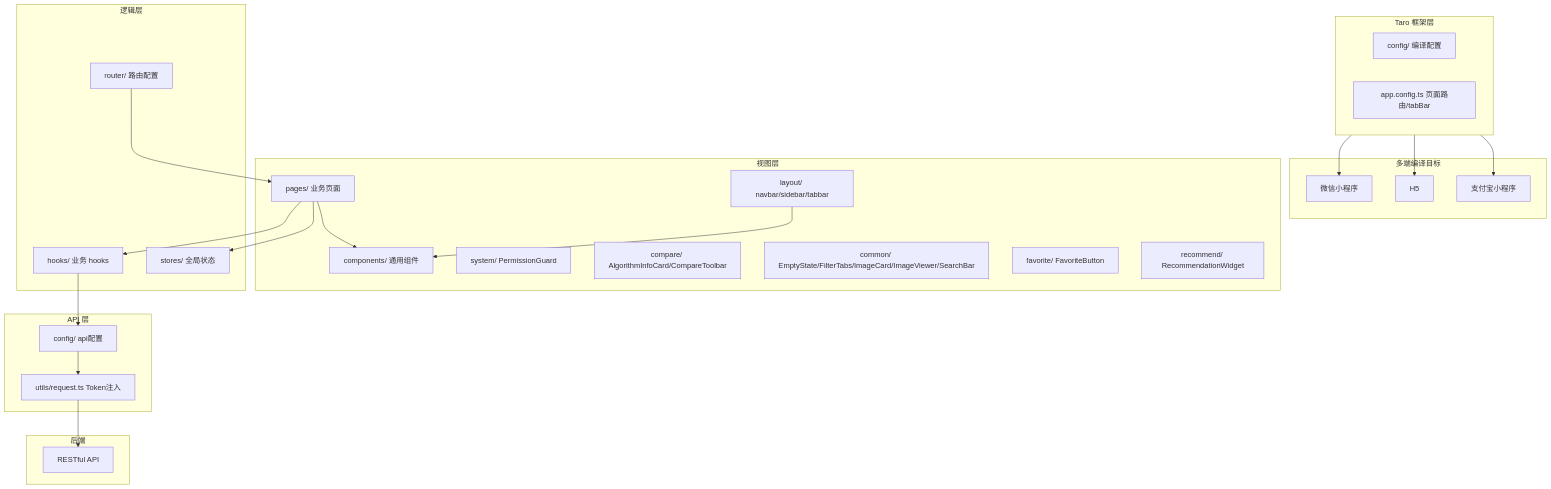
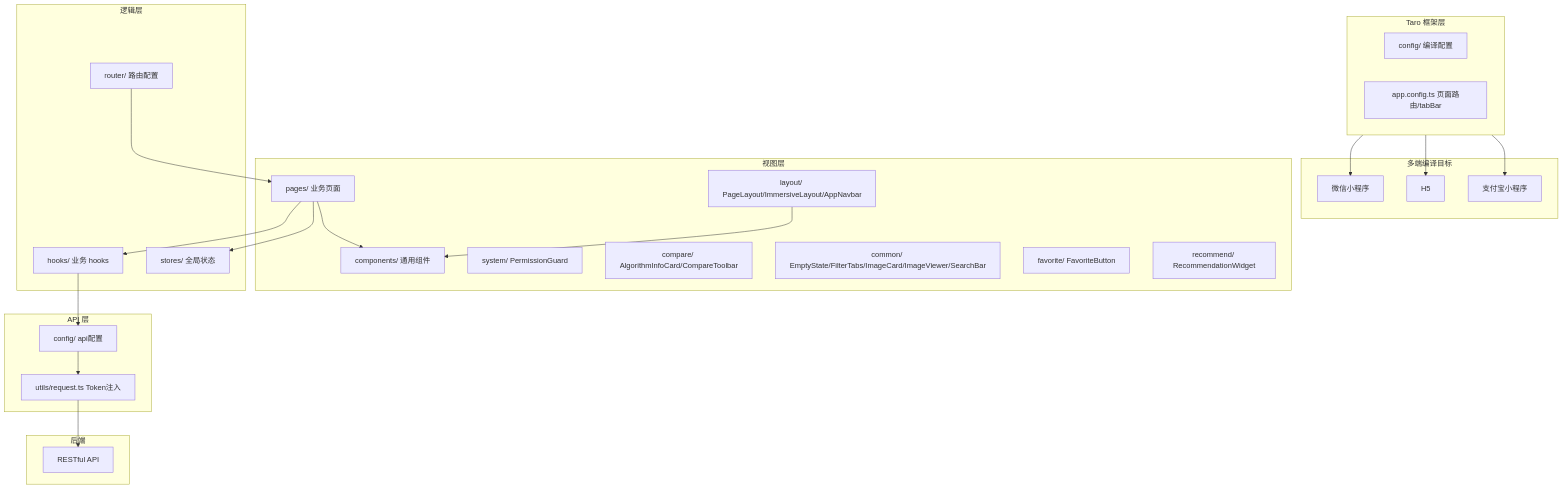
Before and after one commit to earthy-zinc/dehaze-system: the diagram in dehaze-doc/docs/04-项目实现/前端/03-Taro架构文档.md, drawn with Mermaid. The commit also changed other lines of this file and 1067 other files, not shown here.

````diff
--- a/dehaze-doc/docs/04-项目实现/前端/03-Taro架构文档.md
+++ b/dehaze-doc/docs/04-项目实现/前端/03-Taro架构文档.md
@@ -9,51 +9,51 @@
 ```mermaid
 flowchart TB
     subgraph Platform["多端编译目标"]
         WeApp["微信小程序"]
         H5["H5"]
         AliApp["支付宝小程序"]
     end
 
     subgraph Taro["Taro 框架层"]
         Config["config/ 编译配置"]
         AppConfig["app.config.ts 页面路由/tabBar"]
     end
 
     subgraph View["视图层"]
         Pages["pages/ 业务页面"]
-        Layout["layout/ navbar/sidebar/tabbar"]
+        Layout["layout/ PageLayout/ImmersiveLayout/AppNavbar"]
         Components["components/ 通用组件"]
         SystemComp["system/ PermissionGuard"]
         CompareComp["compare/ AlgorithmInfoCard/CompareToolbar"]
         CommonComp["common/ EmptyState/FilterTabs/ImageCard/ImageViewer/SearchBar"]
         FavoriteComp["favorite/ FavoriteButton"]
         RecommendComp["recommend/ RecommendationWidget"]
     end
 
     subgraph Logic["逻辑层"]
         Hooks["hooks/ 业务 hooks"]
         Stores["stores/ 全局状态"]
         Router["router/ 路由配置"]
     end
 
     subgraph API["API 层"]
         ApiConfig["config/ api配置"]
         Request["utils/request.ts Token注入"]
     end
 
     subgraph Backend["后端"]
         REST["RESTful API"]
     end
 
     Taro --> WeApp
     Taro --> H5
     Taro --> AliApp
     Pages --> Hooks
     Pages --> Stores
     Pages --> Components
     Layout --> Components
     Hooks --> ApiConfig
     ApiConfig --> Request
     Request --> REST
     Router --> Pages
 ```
````
